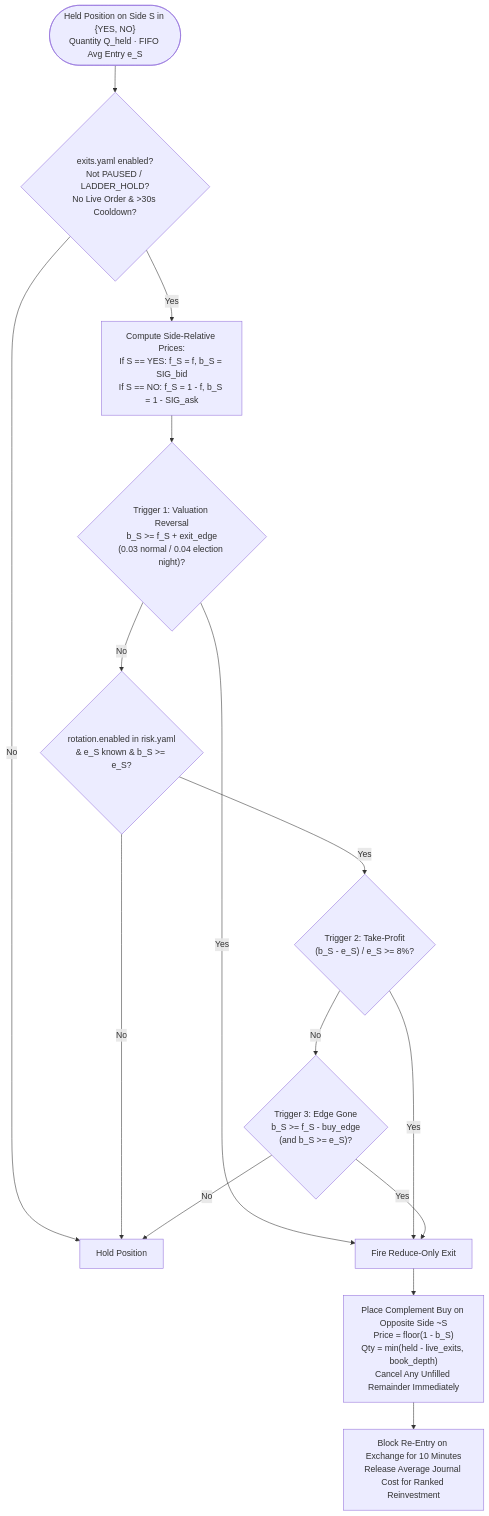
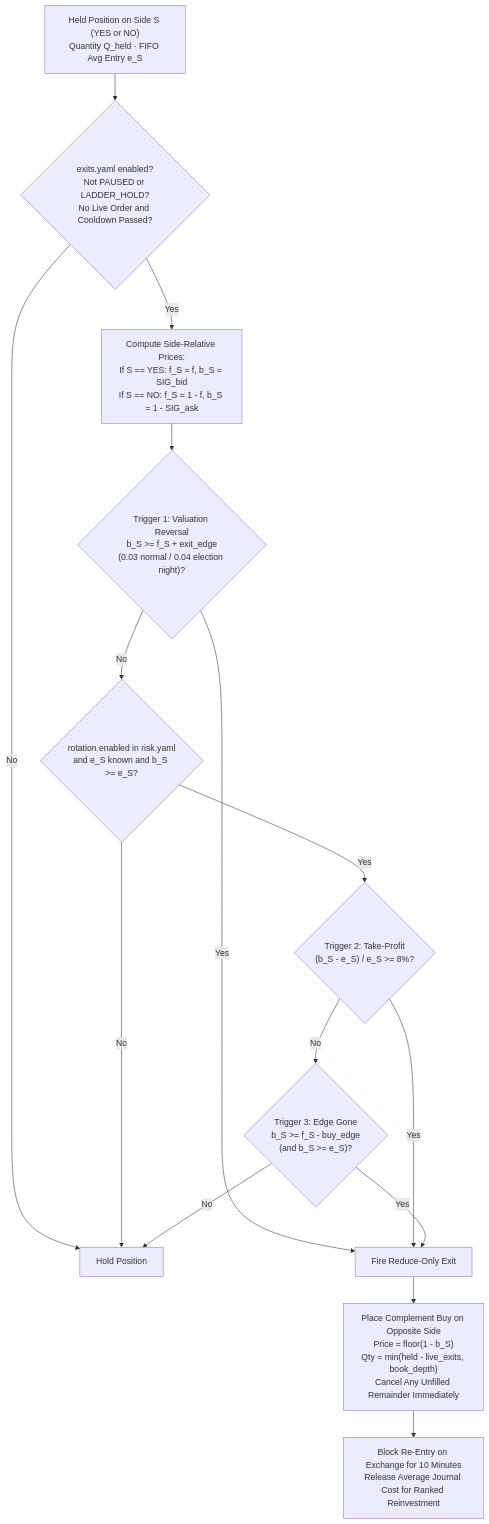
Before and after one commit to ArnavJain2005/Bellwether: the second of 3 diagrams in docs/STRATEGIES_AND_RISK.md, drawn with Mermaid. The commit also changed other lines of this file and 2 other files, not shown here.

Commit message:
docs: fix Mermaid diagram syntax across README and deep-dive docs

````diff
--- a/docs/STRATEGIES_AND_RISK.md
+++ b/docs/STRATEGIES_AND_RISK.md
@@ -79,20 +79,20 @@
 ```mermaid
 flowchart TD
-  Hold(["Held Position on Side S in {YES, NO}<br/>Quantity Q_held · FIFO Avg Entry e_S"]) --> Gates{"exits.yaml enabled?<br/>Not PAUSED / LADDER_HOLD?<br/>No Live Order & >30s Cooldown?"}
+  Hold["Held Position on Side S (YES or NO)<br/>Quantity Q_held · FIFO Avg Entry e_S"] --> Gates{"exits.yaml enabled?<br/>Not PAUSED or LADDER_HOLD?<br/>No Live Order and Cooldown Passed?"}
   Gates -->|No| SkipExit["Hold Position"]
   Gates -->|Yes| SideMap["Compute Side-Relative Prices:<br/>If S == YES: f_S = f, b_S = SIG_bid<br/>If S == NO: f_S = 1 - f, b_S = 1 - SIG_ask"]
 
   SideMap --> T1{"Trigger 1: Valuation Reversal<br/>b_S >= f_S + exit_edge<br/>(0.03 normal / 0.04 election night)?"}
   T1 -->|Yes| FireExit["Fire Reduce-Only Exit"]
 
-  T1 -->|No| CheckRot{"rotation.enabled in risk.yaml<br/>& e_S known & b_S >= e_S?"}
+  T1 -->|No| CheckRot{"rotation.enabled in risk.yaml<br/>and e_S known and b_S >= e_S?"}
   CheckRot -->|No| SkipExit
   CheckRot -->|Yes| T2{"Trigger 2: Take-Profit<br/>(b_S - e_S) / e_S >= 8%?"}
   T2 -->|Yes| FireExit
   T2 -->|No| T3{"Trigger 3: Edge Gone<br/>b_S >= f_S - buy_edge<br/>(and b_S >= e_S)?"}
   T3 -->|Yes| FireExit
   T3 -->|No| SkipExit
 
-  FireExit --> CompBuy["Place Complement Buy on Opposite Side ~S<br/>Price = floor(1 - b_S)<br/>Qty = min(held - live_exits, book_depth)<br/>Cancel Any Unfilled Remainder Immediately"]
+  FireExit --> CompBuy["Place Complement Buy on Opposite Side<br/>Price = floor(1 - b_S)<br/>Qty = min(held - live_exits, book_depth)<br/>Cancel Any Unfilled Remainder Immediately"]
   CompBuy --> Cooldown["Block Re-Entry on Exchange for 10 Minutes<br/>Release Average Journal Cost for Ranked Reinvestment"]
 ```
````
